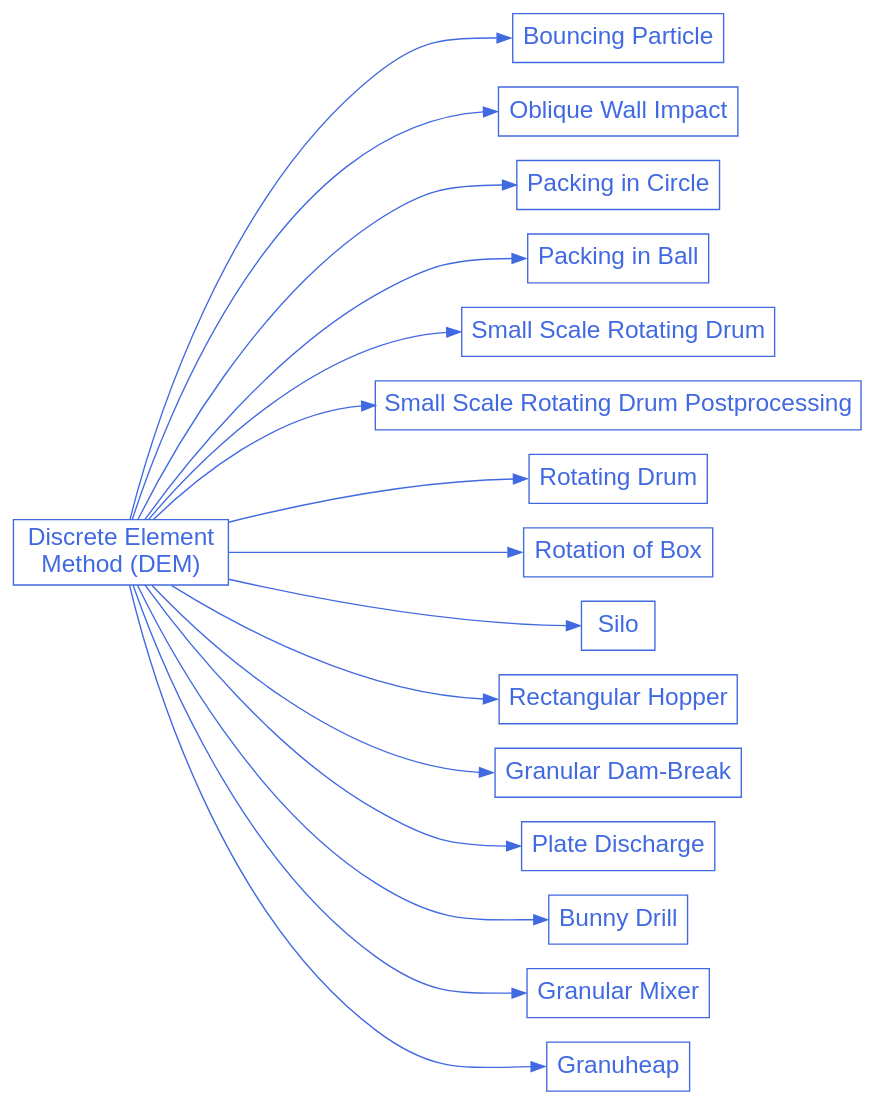
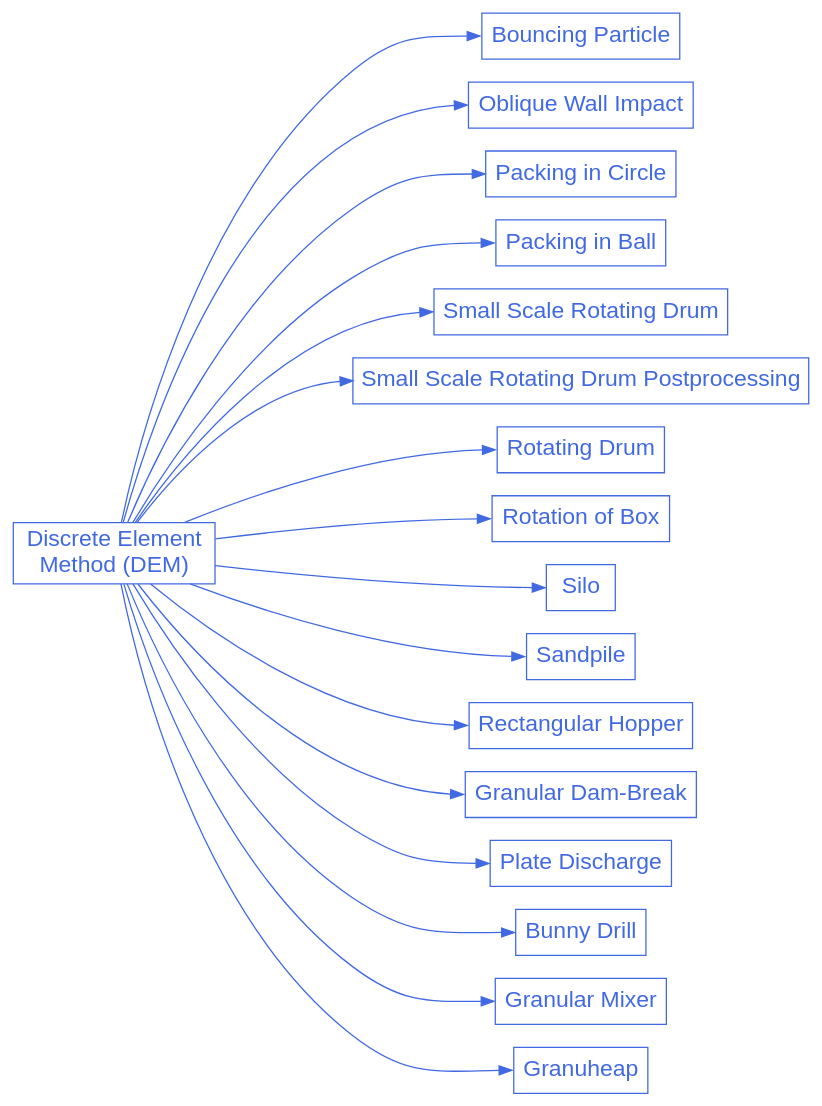
One commit to chaos-polymtl/lethe changed the diagram in doc/source/examples/dem/dem.rst. Above: the diagram before and after it, drawn with Graphviz. The commit also changed other lines of this file, not shown here.

Commit message:
adding sandpile to dem toctree

```diff
--- a/doc/source/examples/dem/dem.rst
+++ b/doc/source/examples/dem/dem.rst
@@ -28,57 +29,60 @@
 .. graphviz:: 
 
     digraph dem_diagram {
       graph [bgcolor="transparent", align=true, ranksep=1.5];
       node [fontname=Arial, fontsize=18, shape=box, fontcolor=royalblue, color=royalblue];
       edge [color=royalblue];
       rankdir="LR";
       size = "9,9";
       
       dem [label="Discrete Element \nMethod (DEM)", href="https://chaos-polymtl.github.io/lethe/documentation/examples/dem/dem.html"];
 
       dem_1 [label="Bouncing Particle", href="https://chaos-polymtl.github.io/lethe/documentation/examples/dem/bouncing-particle/bouncing-particle.html"];
 
       dem_2 [label="Oblique Wall Impact", href="https://chaos-polymtl.github.io/lethe/documentation/examples/dem/oblique-wall-impact/oblique-wall-impact.html"];
 
       dem_3 [label="Packing in Circle", href="https://chaos-polymtl.github.io/lethe/documentation/examples/dem/packing-in-circle/packing-in-circle.html"];
 
       dem_4 [label="Packing in Ball", href="https://chaos-polymtl.github.io/lethe/documentation/examples/dem/packing-in-ball/packing-in-ball.html"];
 
       dem_5 [label="Small Scale Rotating Drum", href="https://chaos-polymtl.github.io/lethe/documentation/examples/dem/small-scale-rotating-drum/small-scale-rotating-drum.html"];
     
       dem_6 [label="Small Scale Rotating Drum Postprocessing", href="https://chaos-polymtl.github.io/lethe/documentation/examples/dem/small-scale-rotating-drum-postprocessing/small-scale-rotating-drum-postprocessing.html"];
 
       dem_7 [label="Rotating Drum", href="https://chaos-polymtl.github.io/lethe/documentation/examples/dem/rotating-drum/rotating-drum.html"];
 
       dem_8 [label="Rotation of Box", href="https://chaos-polymtl.github.io/lethe/documentation/examples/dem/rotation-of-box/rotation-of-box.html"];
 
       dem_9 [label="Silo", href="https://chaos-polymtl.github.io/lethe/documentation/examples/dem/silo/silo.html"]; 
 
-      dem_10 [label="Rectangular Hopper", href="https://chaos-polymtl.github.io/lethe/documentation/examples/dem/rectangular-hopper/rectangular-hopper.html"];
+      dem_10 [label="Sandpile", href="https://chaos-polymtl.github.io/lethe/documentation/examples/dem/sandpile/sandpile.html"]; 
 
-      dem_11 [label="Granular Dam-Break", href="https://chaos-polymtl.github.io/lethe/documentation/examples/dem/granular-dam-break/granular-dam-break.html"];
+      dem_11 [label="Rectangular Hopper", href="https://chaos-polymtl.github.io/lethe/documentation/examples/dem/rectangular-hopper/rectangular-hopper.html"];
 
-      dem_12 [label="Plate Discharge", href="https://chaos-polymtl.github.io/lethe/documentation/examples/dem/plate-discharge/plate-discharge.html"];
+      dem_12 [label="Granular Dam-Break", href="https://chaos-polymtl.github.io/lethe/documentation/examples/dem/granular-dam-break/granular-dam-break.html"];
 
-      dem_13 [label="Bunny Drill", href="https://chaos-polymtl.github.io/lethe/documentation/examples/dem/bunny-drill/bunny-drill.html"];
+      dem_13 [label="Plate Discharge", href="https://chaos-polymtl.github.io/lethe/documentation/examples/dem/plate-discharge/plate-discharge.html"];
 
-      dem_14 [label="Granular Mixer", href="https://chaos-polymtl.github.io/lethe/documentation/examples/dem/granular-mixer/granular-mixer.html"];
+      dem_14 [label="Bunny Drill", href="https://chaos-polymtl.github.io/lethe/documentation/examples/dem/bunny-drill/bunny-drill.html"];
 
-      dem_15 [label="Granuheap", href="https://chaos-polymtl.github.io/lethe/documentation/examples/dem/granuheap/granuheap.html"];
+      dem_15 [label="Granular Mixer", href="https://chaos-polymtl.github.io/lethe/documentation/examples/dem/granular-mixer/granular-mixer.html"];
+
+      dem_16 [label="Granuheap", href="https://chaos-polymtl.github.io/lethe/documentation/examples/dem/granuheap/granuheap.html"];
 
       dem -> dem_1:w;
       dem -> dem_2:w;
       dem -> dem_3:w;
       dem -> dem_4:w;
       dem -> dem_5:w;
       dem -> dem_6:w;
       dem -> dem_7:w;
       dem -> dem_8:w;
       dem -> dem_9:w;
       dem -> dem_10:w;
       dem -> dem_11:w;
       dem -> dem_12:w;
       dem -> dem_13:w;
       dem -> dem_14:w;
       dem -> dem_15:w;
+      dem -> dem_16:w;     
     }
```
